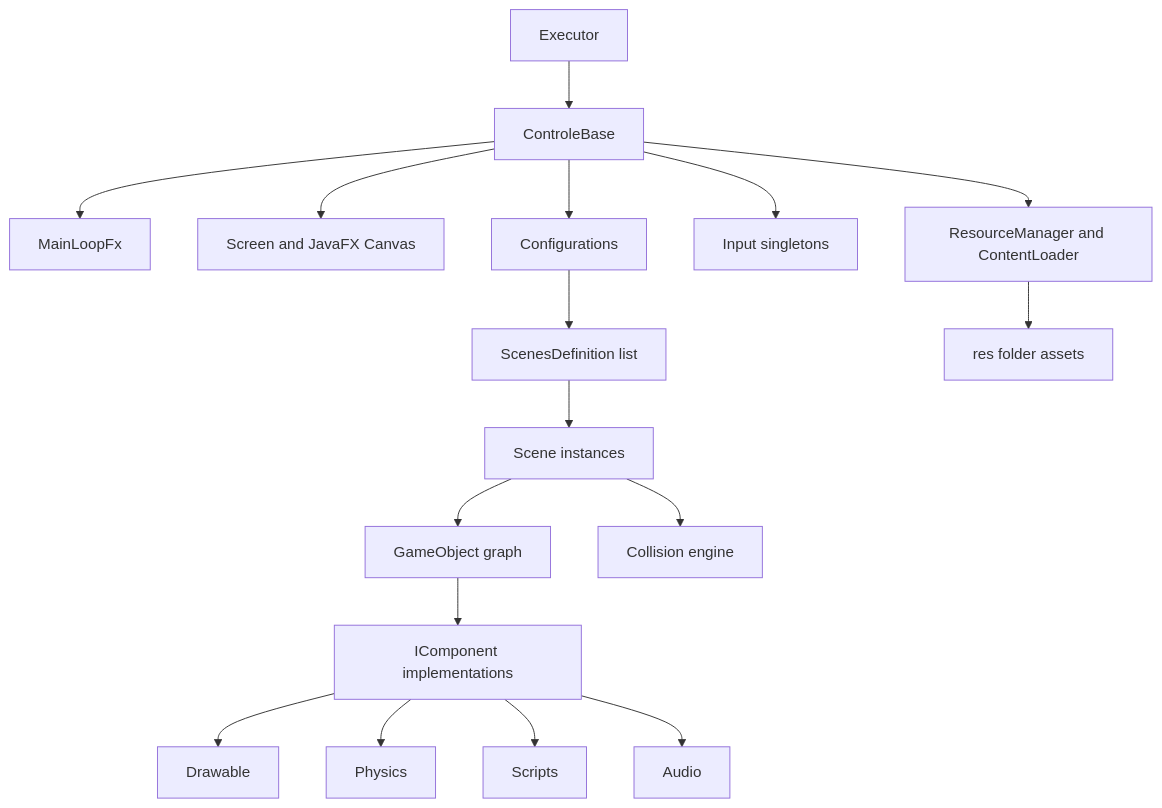
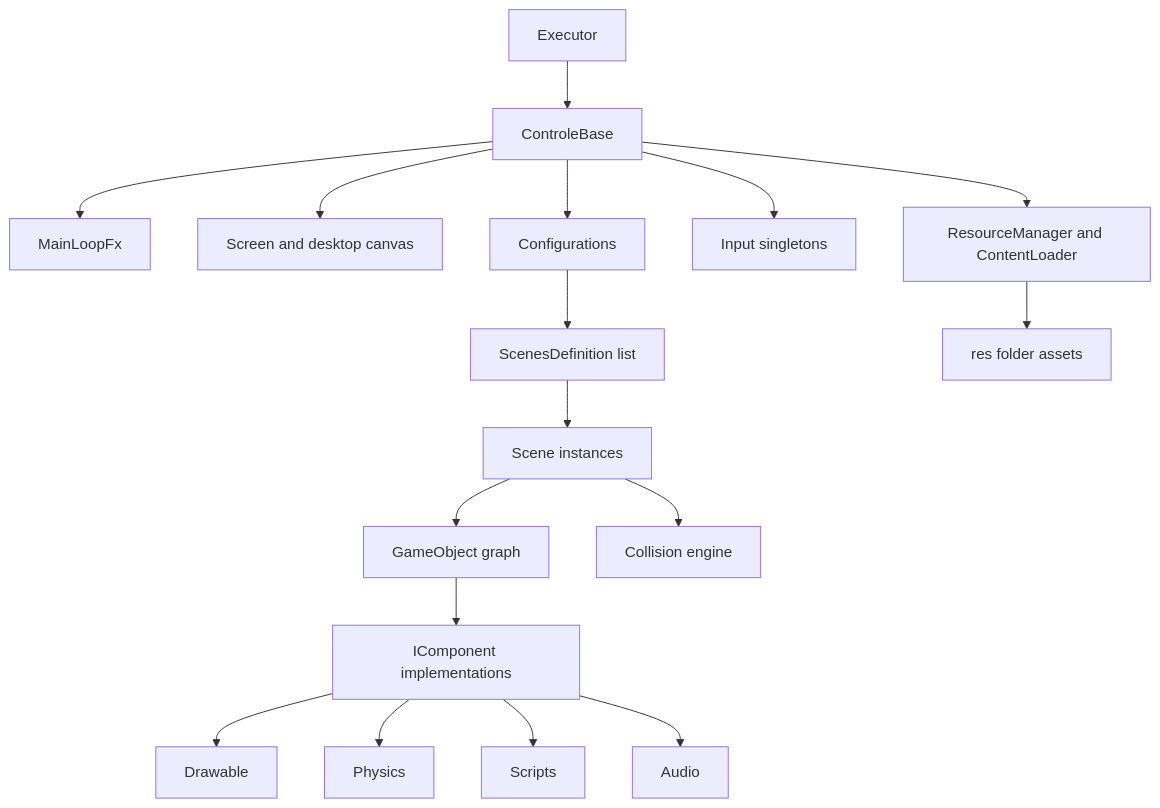
One commit to JunioDutra/enginefx changed the fourth of 6 diagrams in Project_Architecture_Blueprint.md. Above: the diagram before and after it, drawn with Mermaid. The commit also changed other lines of this file and 43 other files, not shown here.

First line of the commit message:
Refactor graphics and input handling; replace JavaFX with AWT/Swing

````diff
--- a/Project_Architecture_Blueprint.md
+++ b/Project_Architecture_Blueprint.md
@@ -821,19 +820,19 @@
 ```mermaid
 flowchart TD
     A[Executor] --> B[ControleBase]
     B --> C[MainLoopFx]
-    B --> D[Screen and JavaFX Canvas]
+    B --> D[Screen and desktop canvas]
     B --> E[Configurations]
     E --> F[ScenesDefinition list]
     F --> G[Scene instances]
     G --> H[GameObject graph]
     H --> I[IComponent implementations]
     I --> J[Drawable]
     I --> K[Physics]
     I --> L[Scripts]
     I --> M[Audio]
     B --> N[Input singletons]
     G --> O[Collision engine]
     B --> P[ResourceManager and ContentLoader]
     P --> Q[res folder assets]
 ```
````
